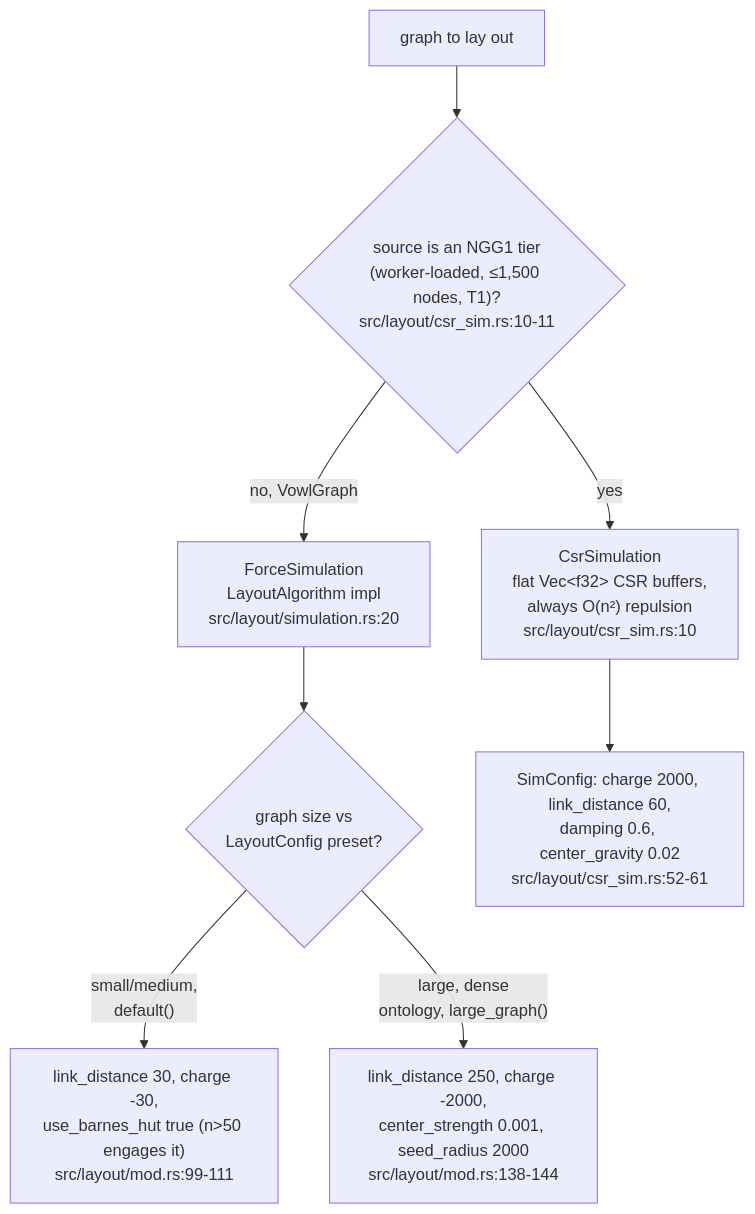
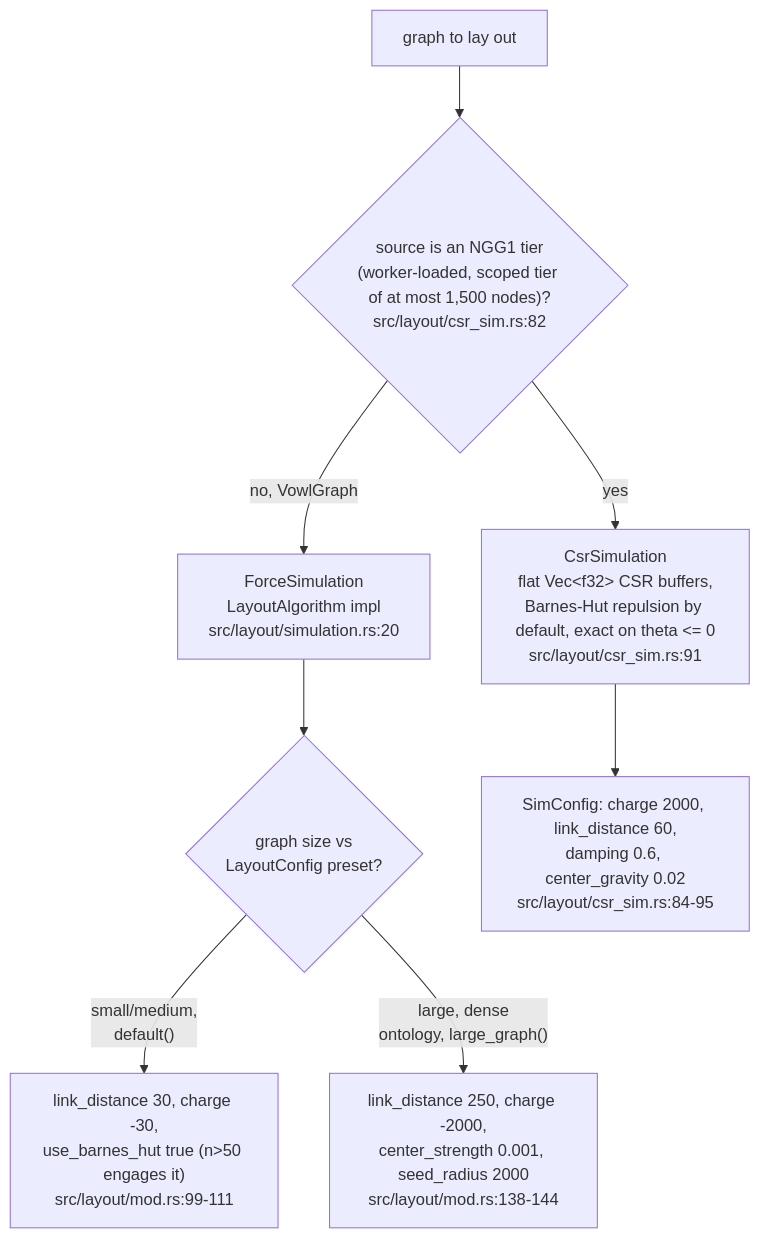
The ninth of 9 diagrams in docs/diagrams/vowl-wasm/03-force-layout-lifecycle.md (DreamLab-AI/VisionFlow), drawn with Mermaid before and after one commit. The commit also changed other lines of this file and 160 other files, not shown here.

````diff
--- a/docs/diagrams/vowl-wasm/03-force-layout-lifecycle.md
+++ b/docs/diagrams/vowl-wasm/03-force-layout-lifecycle.md
@@ -171,10 +180,10 @@
 ```mermaid
 flowchart TB
-    N["graph to lay out"] --> SRC{"source is an NGG1 tier<br/>(worker-loaded, ≤1,500 nodes, T1)?<br/>src/layout/csr_sim.rs:10-11"}
-    SRC -->|yes| CSR["CsrSimulation<br/>flat Vec&lt;f32&gt; CSR buffers,<br/>always O(n²) repulsion<br/>src/layout/csr_sim.rs:10"]
+    N["graph to lay out"] --> SRC{"source is an NGG1 tier<br/>(worker-loaded, scoped tier of at most 1,500 nodes)?<br/>src/layout/csr_sim.rs:82"}
+    SRC -->|yes| CSR["CsrSimulation<br/>flat Vec&lt;f32&gt; CSR buffers,<br/>Barnes-Hut repulsion by default, exact on theta &lt;= 0<br/>src/layout/csr_sim.rs:91"]
     SRC -->|no, VowlGraph| FSIM["ForceSimulation<br/>LayoutAlgorithm impl<br/>src/layout/simulation.rs:20"]
     FSIM --> SIZE{"graph size vs<br/>LayoutConfig preset?"}
     SIZE -->|"small/medium,<br/>default()"| DFLT["link_distance 30, charge -30,<br/>use_barnes_hut true (n&gt;50 engages it)<br/>src/layout/mod.rs:99-111"]
     SIZE -->|"large, dense<br/>ontology, large_graph()"| BIG["link_distance 250, charge -2000,<br/>center_strength 0.001, seed_radius 2000<br/>src/layout/mod.rs:138-144"]
-    CSR --> TUNE["SimConfig: charge 2000, link_distance 60,<br/>damping 0.6, center_gravity 0.02<br/>src/layout/csr_sim.rs:52-61"]
+    CSR --> TUNE["SimConfig: charge 2000, link_distance 60,<br/>damping 0.6, center_gravity 0.02<br/>src/layout/csr_sim.rs:84-95"]
 ```
````
